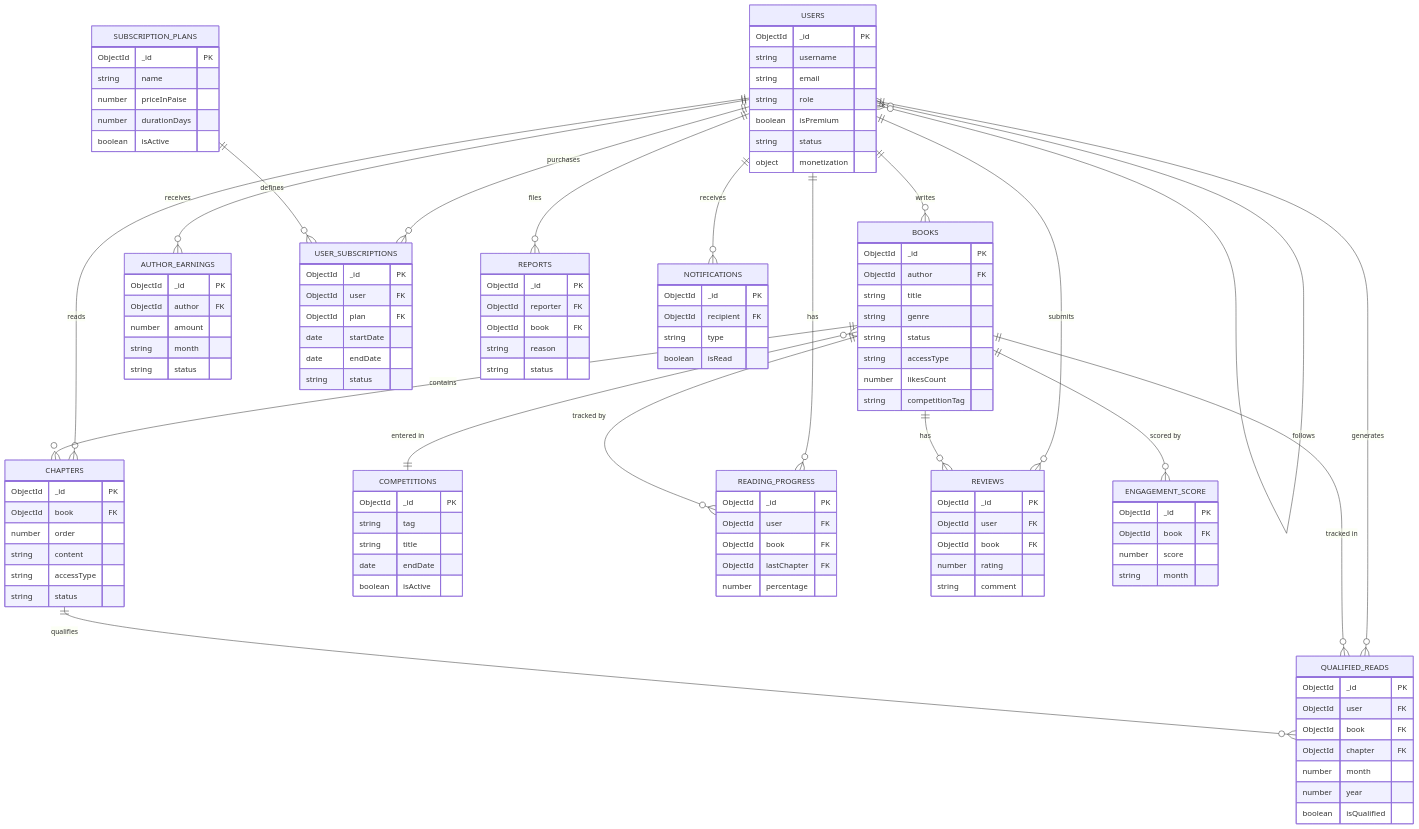
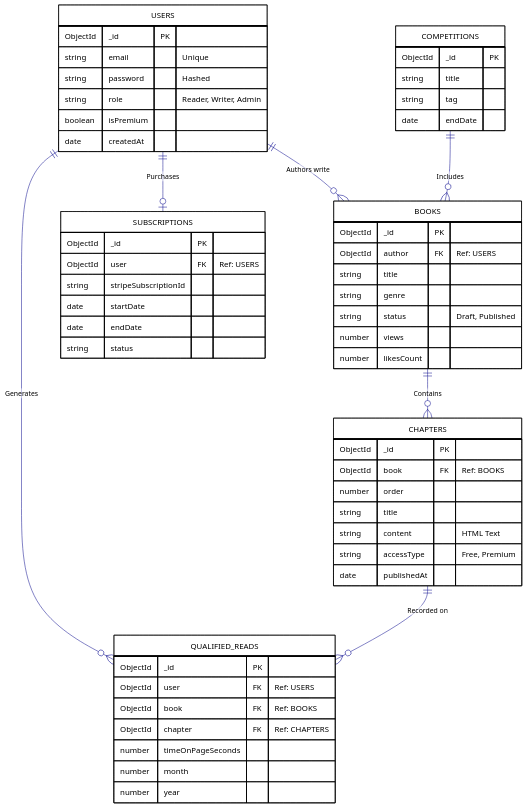
The diagram in documentation/Mozhibu_Complete_Documentation.md (contactmozhibu/Mozhibu), drawn with Mermaid before and after one commit. The commit also changed other lines of this file and 3 other files, not shown here.

````diff
--- a/documentation/Mozhibu_Complete_Documentation.md
+++ b/documentation/Mozhibu_Complete_Documentation.md
@@ -781,120 +283,71 @@
 ```mermaid
+%%{init: {
+  'theme': 'base',
+  'themeVariables': {
+    'primaryColor': '#ffffff',
+    'primaryBorderColor': '#000000',
+    'primaryTextColor': '#000000',
+    'lineColor': '#00008b',
+    'secondaryColor': '#00008b',
+    'tertiaryColor': '#ffffff',
+    'background': '#ffffff'
+  }
+}}%%
 erDiagram
     USERS {
         ObjectId _id PK
-        string username
-        string email
-        string role
+        string email "Unique"
+        string password "Hashed"
+        string role "Reader, Writer, Admin"
         boolean isPremium
-        string status
-        object monetization
+        date createdAt
     }
     BOOKS {
         ObjectId _id PK
-        ObjectId author FK
+        ObjectId author FK "Ref: USERS"
         string title
         string genre
-        string status
-        string accessType
+        string status "Draft, Published"
+        number views
         number likesCount
-        string competitionTag
     }
     CHAPTERS {
         ObjectId _id PK
-        ObjectId book FK
+        ObjectId book FK "Ref: BOOKS"
         number order
-        string content
-        string accessType
+        string title
+        string content "HTML Text"
+        string accessType "Free, Premium"
+        date publishedAt
+    }
+    QUALIFIED_READS {
+        ObjectId _id PK
+        ObjectId user FK "Ref: USERS"
+        ObjectId book FK "Ref: BOOKS"
+        ObjectId chapter FK "Ref: CHAPTERS"
+        number timeOnPageSeconds
+        number month
+        number year
+    }
+    SUBSCRIPTIONS {
+        ObjectId _id PK
+        ObjectId user FK "Ref: USERS"
+        string stripeSubscriptionId
+        date startDate
+        date endDate
         string status
     }
     COMPETITIONS {
         ObjectId _id PK
+        string title
         string tag
-        string title
         date endDate
-        boolean isActive
-    }
-    QUALIFIED_READS {
-        ObjectId _id PK
-        ObjectId user FK
-        ObjectId book FK
-        ObjectId chapter FK
-        number month
-        number year
-        boolean isQualified
-    }
-    AUTHOR_EARNINGS {
-        ObjectId _id PK
-        ObjectId author FK
-        number amount
-        string month
-        string status
-    }
-    SUBSCRIPTION_PLANS {
-        ObjectId _id PK
-        string name
-        number priceInPaise
-        number durationDays
-        boolean isActive
-    }
-    USER_SUBSCRIPTIONS {
-        ObjectId _id PK
-        ObjectId user FK
-        ObjectId plan FK
-        date startDate
-        date endDate
-        string status
-    }
-    READING_PROGRESS {
-        ObjectId _id PK
-        ObjectId user FK
-        ObjectId book FK
-        ObjectId lastChapter FK
-        number percentage
-    }
-    REVIEWS {
-        ObjectId _id PK
-        ObjectId user FK
-        ObjectId book FK
-        number rating
-        string comment
-    }
-    REPORTS {
-        ObjectId _id PK
-        ObjectId reporter FK
-        ObjectId book FK
-        string reason
-        string status
-    }
-    NOTIFICATIONS {
-        ObjectId _id PK
-        ObjectId recipient FK
-        string type
-        boolean isRead
-    }
-    ENGAGEMENT_SCORE {
-        ObjectId _id PK
-        ObjectId book FK
-        number score
-        string month
     }
 
-    USERS ||--o{ BOOKS : "writes"
-    USERS ||--o{ CHAPTERS : "reads"
-    USERS ||--o{ REVIEWS : "submits"
-    USERS ||--o{ QUALIFIED_READS : "generates"
-    USERS ||--o{ READING_PROGRESS : "has"
-    USERS ||--o{ USER_SUBSCRIPTIONS : "purchases"
-    USERS ||--o{ AUTHOR_EARNINGS : "receives"
-    USERS ||--o{ NOTIFICATIONS : "receives"
-    USERS ||--o{ REPORTS : "files"
-    USERS }o--o{ USERS : "follows"
-    BOOKS ||--o{ CHAPTERS : "contains"
-    BOOKS ||--o{ REVIEWS : "has"
-    BOOKS ||--o{ QUALIFIED_READS : "tracked in"
-    BOOKS ||--o{ READING_PROGRESS : "tracked by"
-    BOOKS ||--o{ ENGAGEMENT_SCORE : "scored by"
-    BOOKS }o--|| COMPETITIONS : "entered in"
-    CHAPTERS ||--o{ QUALIFIED_READS : "qualifies"
-    SUBSCRIPTION_PLANS ||--o{ USER_SUBSCRIPTIONS : "defines"
+    USERS ||--o{ BOOKS : "Authors write"
+    BOOKS ||--o{ CHAPTERS : "Contains"
+    USERS ||--o{ QUALIFIED_READS : "Generates"
+    CHAPTERS ||--o{ QUALIFIED_READS : "Recorded on"
+    USERS ||--o| SUBSCRIPTIONS : "Purchases"
+    COMPETITIONS ||--o{ BOOKS : "Includes"
 ```
````
